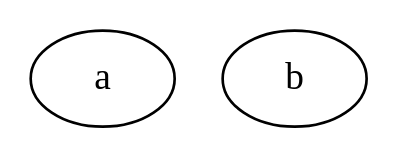
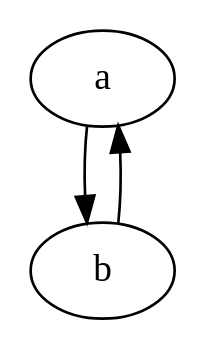
The diagram in test1.dot (jche774/dot_parser_test), drawn with Graphviz before and after one commit. The commit also changed 14 other files, not shown here.

```diff
--- a/test1.dot
+++ b/test1.dot
@@ -1,4 +1,6 @@
 digraph "example" {
 	a	[Weight=2];
     b	[Weight=3];
+    a->b    [Weight=3];
+    b->a    [Weight=2];
 }
```
